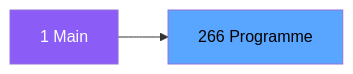
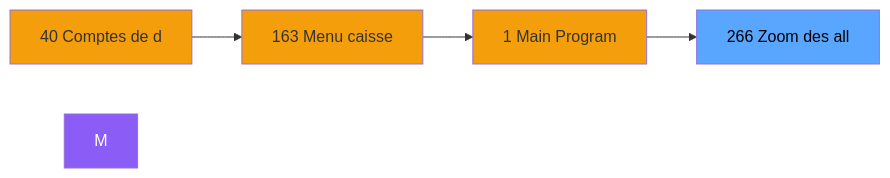
Before and after one commit to thonyAGP/magic-migration: the second of 3 diagrams in .openspec/specs/ADH-IDE-266.md, drawn with Mermaid. The commit also changed other lines of this file and 323 other files, not shown here.

````diff
--- a/.openspec/specs/ADH-IDE-266.md
+++ b/.openspec/specs/ADH-IDE-266.md
@@ -98,8 +112,15 @@
 ```mermaid
 graph LR
-    M[1 Main]
-    T[266 Programme]
-    M --> T
+    N40[40 Comptes de d]
+    N163[163 Menu caisse ]
+    N1[1 Main Program]
+    T[266 Zoom des all]
+    N40 --> N163
+    N163 --> N1
+    N1 --> T
     style M fill:#8b5cf6,color:#fff
+    style N40 fill:#f59e0b
+    style N163 fill:#f59e0b
+    style N1 fill:#f59e0b
     style T fill:#58a6ff,color:#000
 ```
````
